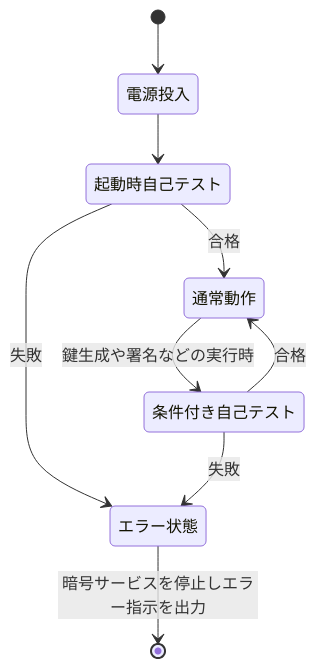
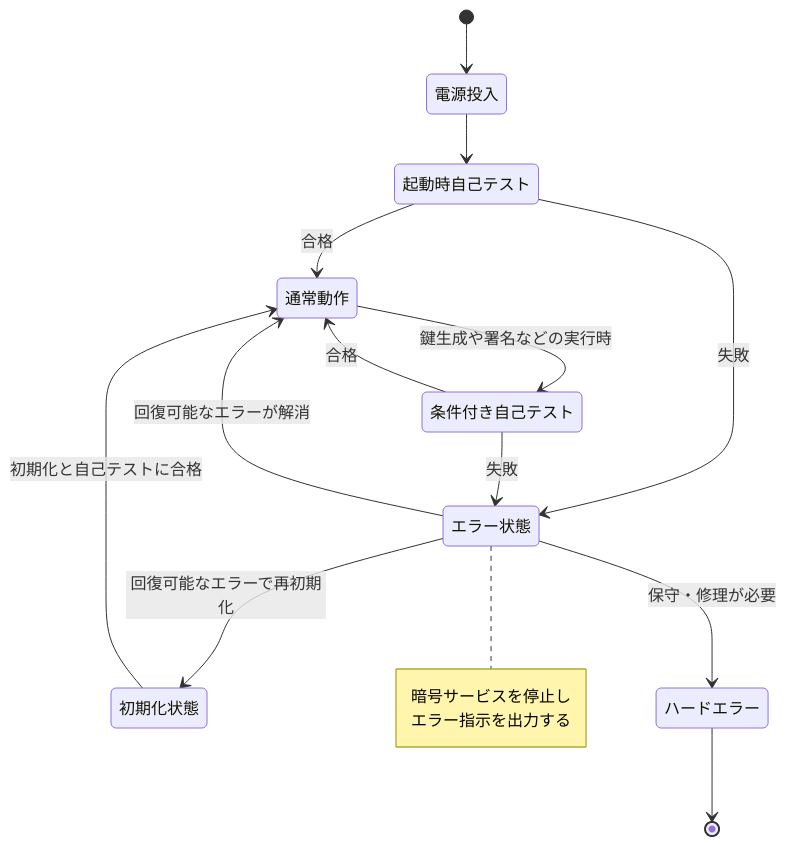
Before and after one commit to myoshi2891/Security_Studies: the sixth of 8 diagrams in Iso-iec-24759-2025-guide.md, drawn with Mermaid.

Commit message:
docs(iso): detail error state transitions in ISO/IEC 24759 guide

````diff
--- a/Iso-iec-24759-2025-guide.md
+++ b/Iso-iec-24759-2025-guide.md
@@ -352,11 +352,19 @@
 ```mermaid
 stateDiagram-v2
     [*] --> 電源投入
     電源投入 --> 起動時自己テスト
     起動時自己テスト --> 通常動作: 合格
     起動時自己テスト --> エラー状態: 失敗
     通常動作 --> 条件付き自己テスト: 鍵生成や署名などの実行時
     条件付き自己テスト --> 通常動作: 合格
     条件付き自己テスト --> エラー状態: 失敗
-    エラー状態 --> [*]: 暗号サービスを停止しエラー指示を出力
+    エラー状態 --> 通常動作: 回復可能なエラーが解消
+    エラー状態 --> 初期化状態: 回復可能なエラーで再初期化
+    初期化状態 --> 通常動作: 初期化と自己テストに合格
+    エラー状態 --> ハードエラー: 保守・修理が必要
+    ハードエラー --> [*]
+    note right of エラー状態
+        暗号サービスを停止し
+        エラー指示を出力する
+    end note
 ```
````
